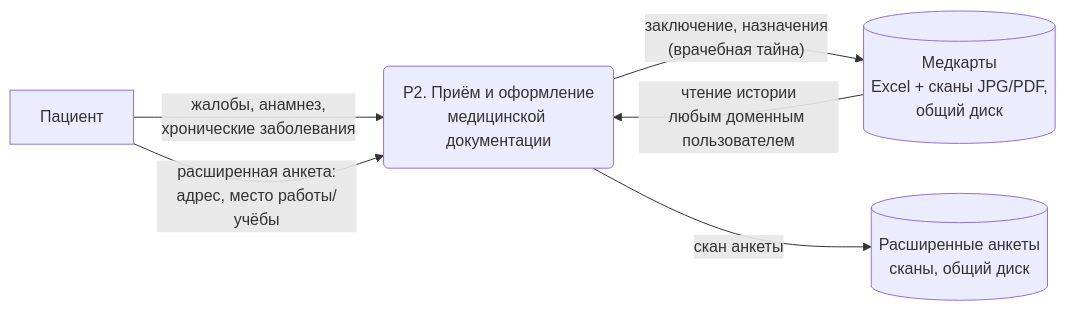
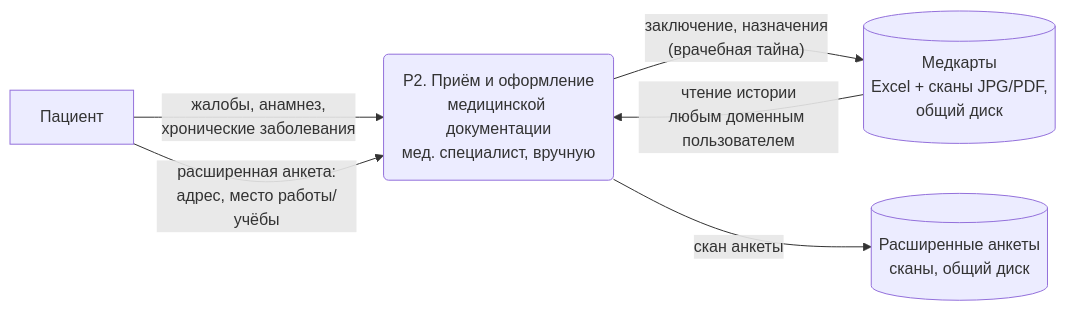
One commit to jkurb/architecture-medikamente changed the second of 7 diagrams in Task1/02-dfd-as-is.md. Above: the diagram before and after it, drawn with Mermaid. The commit also changed other lines of this file and 6 other files, not shown here.

````diff
--- a/Task1/02-dfd-as-is.md
+++ b/Task1/02-dfd-as-is.md
@@ -29,13 +29,13 @@
 ```mermaid
 flowchart LR
     PAT[Пациент]
-    VISIT(P2. Приём и оформление<br/>медицинской документации)
+    VISIT(P2. Приём и оформление<br/>медицинской документации<br/>мед. специалист, вручную)
     CARD[(Медкарты<br/>Excel + сканы JPG/PDF,<br/>общий диск)]
     FORM[(Расширенные анкеты<br/>сканы, общий диск)]
 
     PAT -- "жалобы, анамнез,<br/>хронические заболевания" --> VISIT
     PAT -- "расширенная анкета:<br/>адрес, место работы/учёбы" --> VISIT
     VISIT -- "заключение, назначения<br/>(врачебная тайна)" --> CARD
     VISIT -- "скан анкеты" --> FORM
     CARD -- "чтение истории<br/>любым доменным пользователем" --> VISIT
 ```
````
